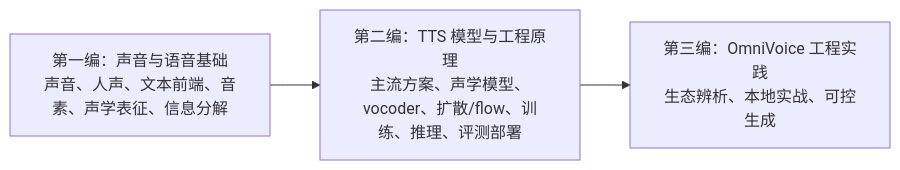
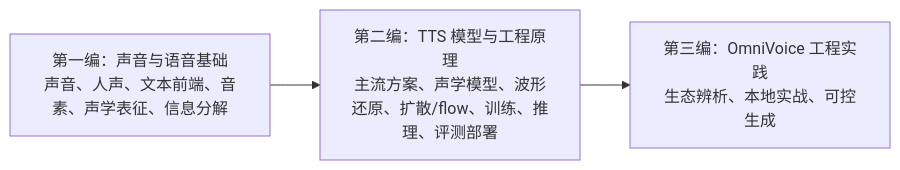
The diagram in books/chapter00_书籍介绍中.md (dugenkui03/OmniVoice), drawn with Mermaid before and after one commit. The commit also changed other lines of this file and 11 other files, not shown here.

````diff
--- a/books/chapter00_书籍介绍中.md
+++ b/books/chapter00_书籍介绍中.md
@@ -23,7 +23,7 @@
 ```mermaid
 flowchart LR
     A["第一编：声音与语音基础<br/>声音、人声、文本前端、音素、声学表征、信息分解"]
-    B["第二编：TTS 模型与工程原理<br/>主流方案、声学模型、vocoder、扩散/flow、训练、推理、评测部署"]
+    B["第二编：TTS 模型与工程原理<br/>主流方案、声学模型、波形还原、扩散/flow、训练、推理、评测部署"]
     C["第三编：OmniVoice 工程实践<br/>生态辨析、本地实战、可控生成"]
     A --> B --> C
 ```
````
